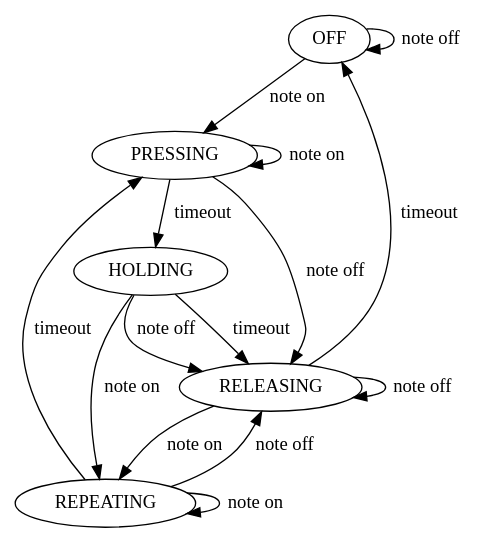
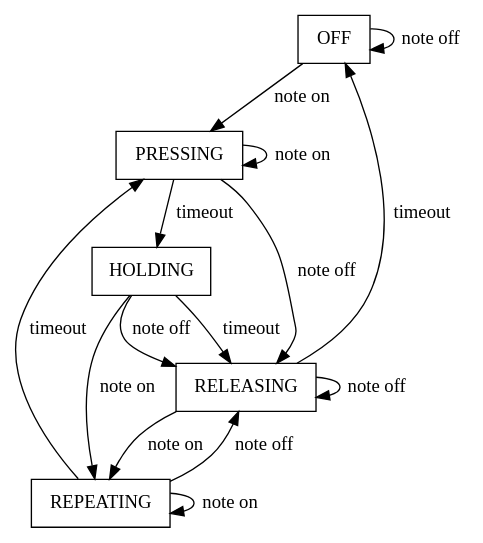
One commit to bmgxyz/self-playing-piano changed the diagram in teensy/transition-diagram.gv. Above: the diagram before and after it, drawn with Graphviz. The commit also changed 4 other files, not shown here.

```diff
--- a/teensy/transition-diagram.gv
+++ b/teensy/transition-diagram.gv
@@ -1,20 +1,22 @@
 digraph {
+  node [shape = "rect"]
+
   OFF -> PRESSING ["label" = "note on"]
   OFF -> OFF ["label" = "note off"]
 
   PRESSING -> PRESSING ["label" = "note on"]
   PRESSING -> RELEASING ["label" = "note off"]
   PRESSING -> HOLDING ["label" = "timeout"]
 
   HOLDING -> REPEATING ["label" = "note on"]
   HOLDING -> RELEASING ["label" = "note off"]
   HOLDING -> RELEASING ["label" = "timeout"]
 
   RELEASING -> REPEATING ["label" = "note on"]
   RELEASING -> RELEASING ["label" = "note off"]
   RELEASING -> OFF ["label" = "timeout"]
 
   REPEATING -> REPEATING ["label" = "note on"]
   REPEATING -> RELEASING ["label" = "note off"]
   REPEATING -> PRESSING ["label" = "timeout"]
 }
```
